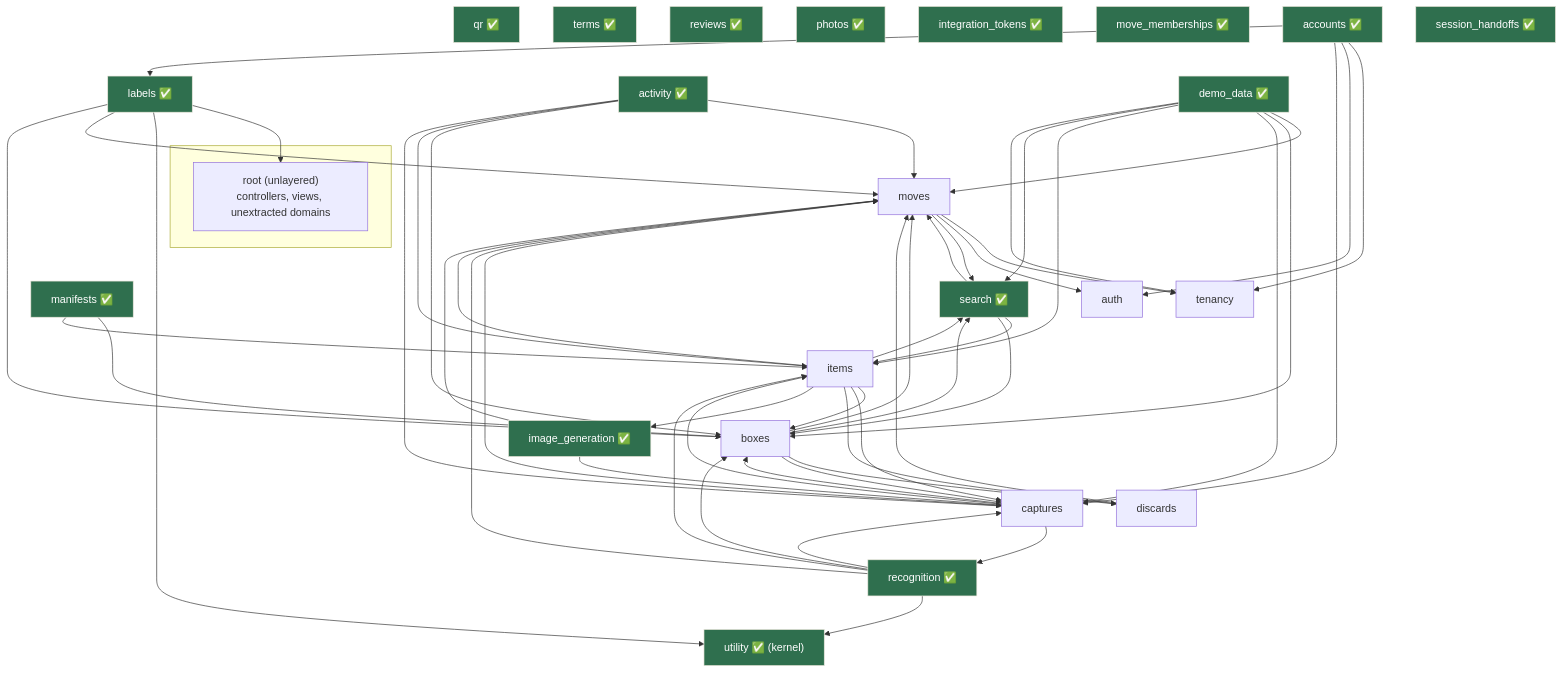
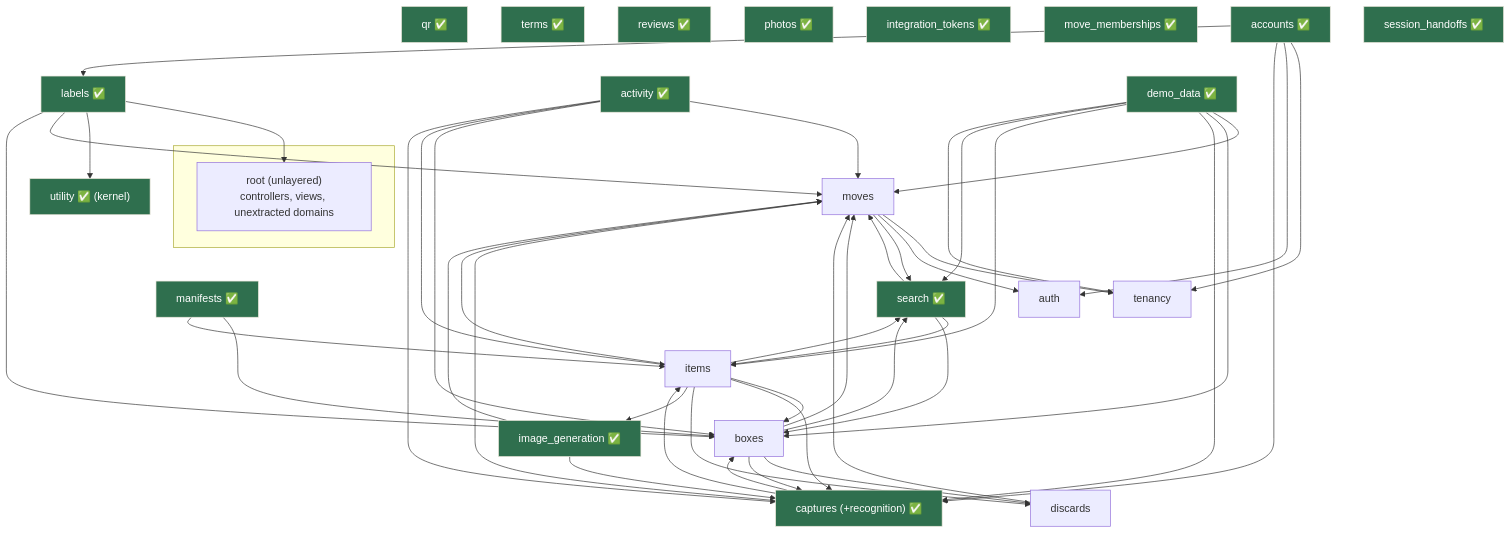
Before and after one commit to joel/move: the diagram in doc/project/packwerk-boundaries.md, drawn with Mermaid. The commit also changed 27 other files, not shown here.

First line of the commit message:
Extract captures — folding recognition in (one bounded context) (#478)

````diff
--- a/doc/project/packwerk-boundaries.md
+++ b/doc/project/packwerk-boundaries.md
@@ -154,48 +154,46 @@
 ```mermaid
 graph TD
     subgraph application [" "]
       root["root (unlayered)<br/>controllers, views, unextracted domains"]
     end
 
     labels["labels ✅"]
     utility["utility ✅ (kernel)"]
     boxes["boxes"]
     items["items"]
     moves["moves"]
-    captures["captures"]
-    recognition["recognition ✅"]
+    captures["captures (+recognition) ✅"]
     search["search ✅"]
     image_gen["image_generation ✅"]
     activity["activity ✅"]
     qr["qr ✅"]
     terms["terms ✅"]
     reviews["reviews ✅"]
     photos["photos ✅"]
     integration_tokens["integration_tokens ✅"]
     move_memberships["move_memberships ✅"]
     manifests["manifests ✅"]
     discards["discards"]
     accounts["accounts ✅"]
     demo["demo_data ✅"]
     tenancy["tenancy"]
     session_handoffs["session_handoffs ✅"]
     auth["auth"]
 
     labels --> root & utility
     boxes --> moves & discards & search & captures
     items --> boxes & moves & captures & discards & image_gen & search
-    captures --> moves & boxes & items & recognition
-    recognition --> moves & boxes & items & captures & utility
+    captures --> moves & boxes & items
     search --> moves & items & boxes
     moves --> tenancy & auth & search
     image_gen --> moves & captures
     activity --> moves & boxes & items & captures
     manifests --> boxes & items
     labels --> moves & boxes
     accounts --> tenancy & auth & captures & labels
     demo --> moves & boxes & captures & items & search & tenancy
     discards --> moves
 
     classDef done fill:#2f6f4e,stroke:#ECE7DC,color:#fff;
-    class labels,utility,manifests,search,recognition,activity,qr,terms,reviews,photos,integration_tokens,move_memberships,session_handoffs,accounts,vocabularies,image_gen,demo done;
+    class labels,utility,manifests,search,activity,qr,terms,reviews,photos,integration_tokens,move_memberships,session_handoffs,accounts,vocabularies,image_gen,demo,captures done;
 ```
````
